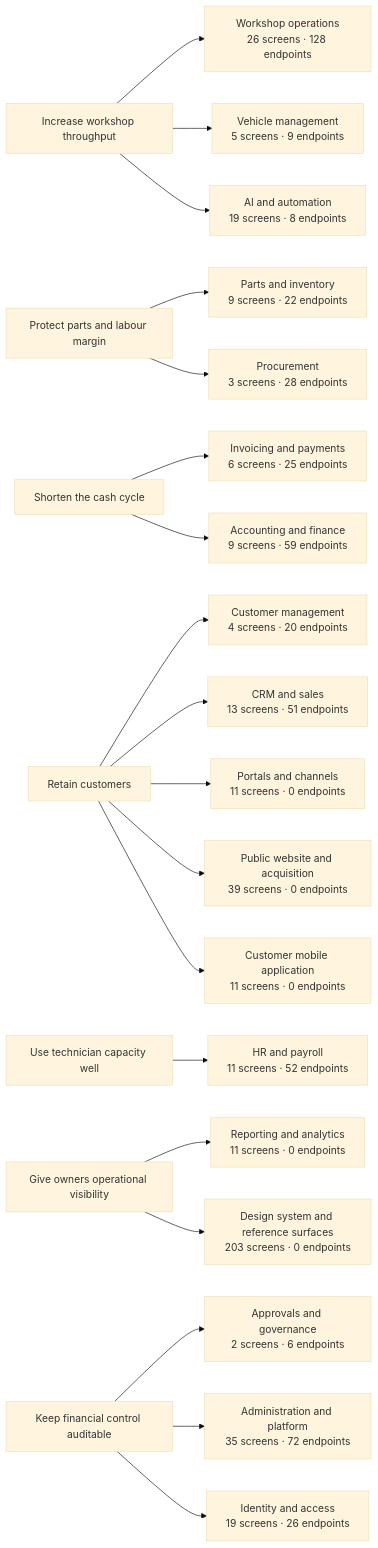
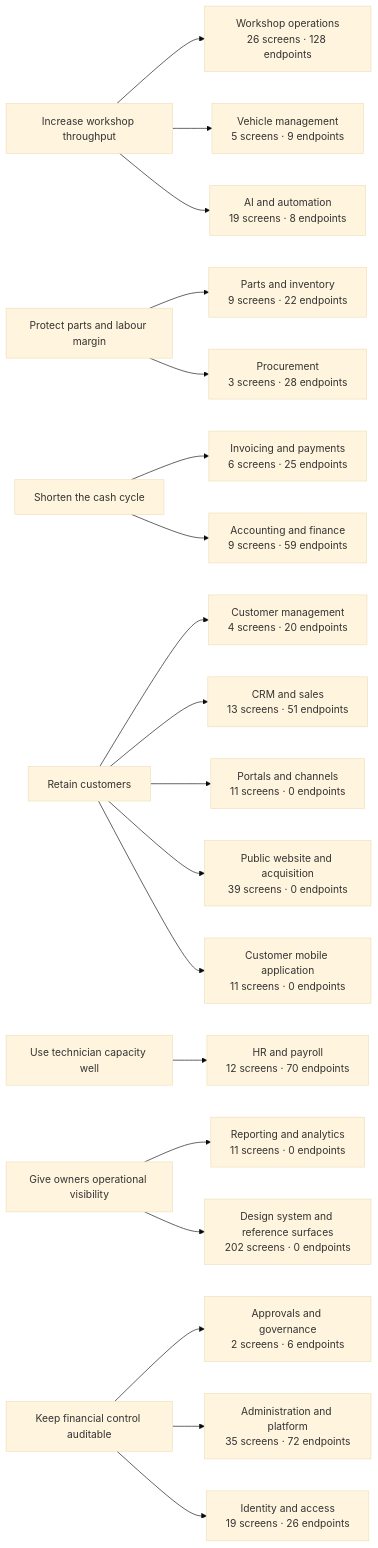
The diagram in docs/07_BUSINESS_ANALYSIS/BUSINESS_CAPABILITY_MAP.md (tazamohd/SlClNe), drawn with Mermaid (base theme) before and after one commit. The commit also changed other lines of this file and 62 other files, not shown here.

````diff
--- a/docs/07_BUSINESS_ANALYSIS/BUSINESS_CAPABILITY_MAP.md
+++ b/docs/07_BUSINESS_ANALYSIS/BUSINESS_CAPABILITY_MAP.md
@@ -22,46 +22,46 @@
 ```mermaid
 flowchart LR
   OBJ_THROUGHPUT["Increase workshop throughput"]
   OBJ_MARGIN["Protect parts and labour margin"]
   OBJ_CASH["Shorten the cash cycle"]
   OBJ_RETENTION["Retain customers"]
   OBJ_CAPACITY["Use technician capacity well"]
   OBJ_VISIBILITY["Give owners operational visibility"]
   OBJ_CONTROL["Keep financial control auditable"]
   CAP_WORKSHOP["Workshop operations<br/>26 screens · 128 endpoints"]
   OBJ_THROUGHPUT --> CAP_WORKSHOP
   CAP_CUSTOMERS["Customer management<br/>4 screens · 20 endpoints"]
   OBJ_RETENTION --> CAP_CUSTOMERS
   CAP_VEHICLES["Vehicle management<br/>5 screens · 9 endpoints"]
   OBJ_THROUGHPUT --> CAP_VEHICLES
   CAP_INVENTORY["Parts and inventory<br/>9 screens · 22 endpoints"]
   OBJ_MARGIN --> CAP_INVENTORY
   CAP_PROCUREMENT["Procurement<br/>3 screens · 28 endpoints"]
   OBJ_MARGIN --> CAP_PROCUREMENT
   CAP_BILLING["Invoicing and payments<br/>6 screens · 25 endpoints"]
   OBJ_CASH --> CAP_BILLING
   CAP_ACCOUNTING["Accounting and finance<br/>9 screens · 59 endpoints"]
   OBJ_CASH --> CAP_ACCOUNTING
-  CAP_HR["HR and payroll<br/>11 screens · 52 endpoints"]
+  CAP_HR["HR and payroll<br/>12 screens · 70 endpoints"]
   OBJ_CAPACITY --> CAP_HR
   CAP_CRM["CRM and sales<br/>13 screens · 51 endpoints"]
   OBJ_RETENTION --> CAP_CRM
   CAP_REPORTING["Reporting and analytics<br/>11 screens · 0 endpoints"]
   OBJ_VISIBILITY --> CAP_REPORTING
   CAP_GOVERNANCE["Approvals and governance<br/>2 screens · 6 endpoints"]
   OBJ_CONTROL --> CAP_GOVERNANCE
   CAP_PORTALS["Portals and channels<br/>11 screens · 0 endpoints"]
   OBJ_RETENTION --> CAP_PORTALS
   CAP_AI["AI and automation<br/>19 screens · 8 endpoints"]
   OBJ_THROUGHPUT --> CAP_AI
   CAP_PLATFORM["Administration and platform<br/>35 screens · 72 endpoints"]
   OBJ_CONTROL --> CAP_PLATFORM
   CAP_IDENTITY["Identity and access<br/>19 screens · 26 endpoints"]
   OBJ_CONTROL --> CAP_IDENTITY
   CAP_WEBSITE["Public website and acquisition<br/>39 screens · 0 endpoints"]
   OBJ_RETENTION --> CAP_WEBSITE
   CAP_CUSTOMERAPP["Customer mobile application<br/>11 screens · 0 endpoints"]
   OBJ_RETENTION --> CAP_CUSTOMERAPP
-  CAP_DESIGNSYSTEM["Design system and reference surfaces<br/>203 screens · 0 endpoints"]
+  CAP_DESIGNSYSTEM["Design system and reference surfaces<br/>202 screens · 0 endpoints"]
   OBJ_VISIBILITY --> CAP_DESIGNSYSTEM
 ```
````
